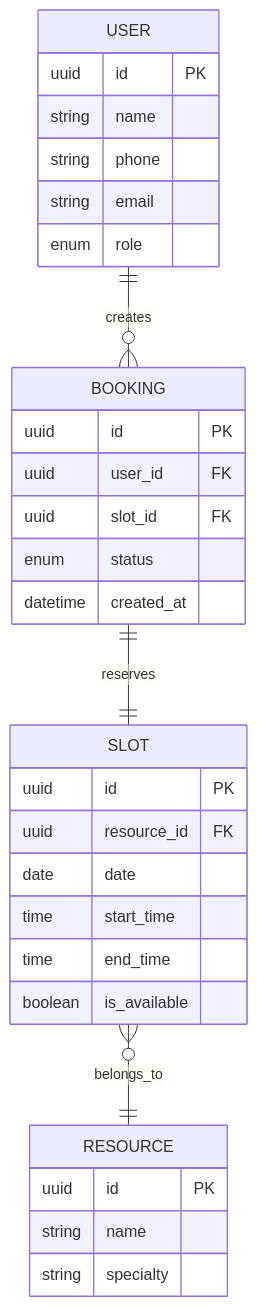
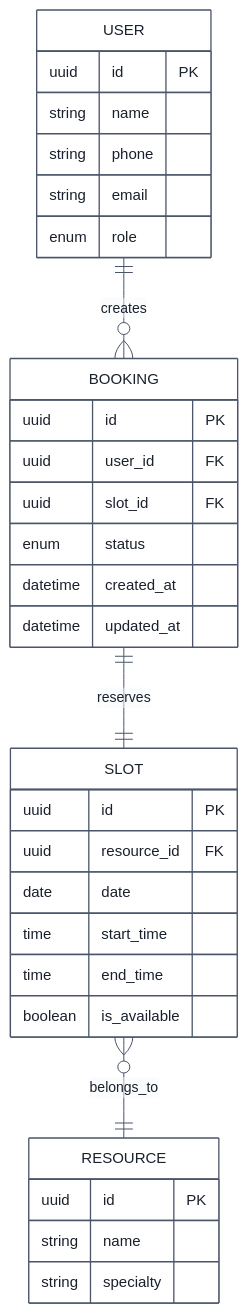
One commit to sonbui31/BA-studies changed the fourth of 4 diagrams in BA-agent/Curated templates/02-SRS-Template.md. Above: the diagram before and after it, drawn with Mermaid. The commit also changed other lines of this file and 97 other files, not shown here.

First line of the commit message:
Add diagram linting and rendering tools with tests

````diff
--- a/BA-agent/Curated templates/02-SRS-Template.md
+++ b/BA-agent/Curated templates/02-SRS-Template.md
@@ -250,33 +261,35 @@
 ```mermaid
+%%{init: {"theme": "base", "fontFamily": "Arial, Helvetica, sans-serif", "themeVariables": {"fontSize": "15px", "primaryColor": "#FFFFFF", "primaryBorderColor": "#4A5568", "primaryTextColor": "#1A202C", "lineColor": "#4A5568", "secondaryColor": "#F7FAFC", "tertiaryColor": "#F7FAFC", "clusterBkg": "#F7FAFC", "clusterBorder": "#A0AEC0", "edgeLabelBackground": "#FFFFFF", "actorBkg": "#EBF8FF", "actorBorder": "#2B6CB0", "noteBkgColor": "#FFF8E1", "noteBorderColor": "#B7791F"}}}%%
 erDiagram
     USER ||--o{ BOOKING : creates
     USER {
         uuid id PK
         string name
         string phone
         string email
         enum role
     }
     BOOKING ||--|| SLOT : reserves
     BOOKING {
         uuid id PK
         uuid user_id FK
         uuid slot_id FK
         enum status
         datetime created_at
+        datetime updated_at
     }
     SLOT }o--|| RESOURCE : belongs_to
     SLOT {
         uuid id PK
         uuid resource_id FK
         date date
         time start_time
         time end_time
         boolean is_available
     }
     RESOURCE {
         uuid id PK
         string name
         string specialty
     }
 ```
````
